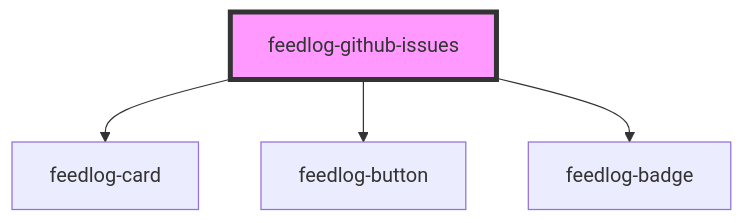
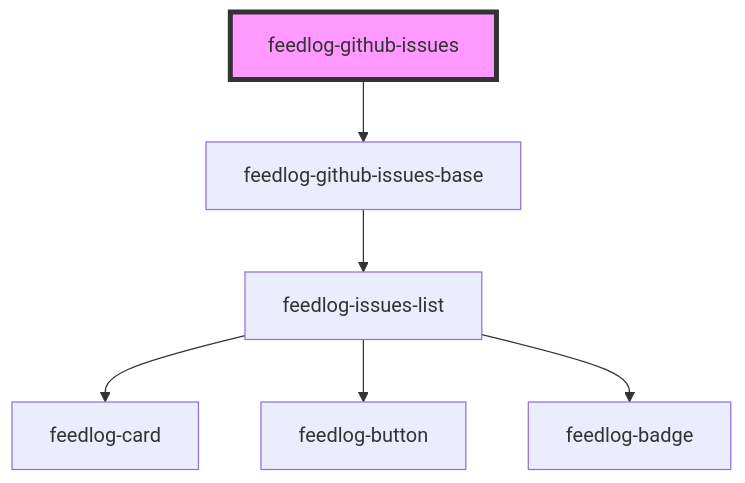
Before and after one commit to FeedlogAI/feedlog-toolkit: the diagram in packages/webcomponents/src/components/feedlog-github-issues/readme.md, drawn with Mermaid. The commit also changed other lines of this file and 41 other files, not shown here.

Commit message:
Refactor Feedlog components: Introduce FeedlogGithubIssuesBase and FeedlogIssuesList for improved structure; update theme support and remove redundant styles. Adjust package.json for Storybook port and dependencies.

````diff
--- a/packages/webcomponents/src/components/feedlog-github-issues/readme.md
+++ b/packages/webcomponents/src/components/feedlog-github-issues/readme.md
@@ -38,7 +38,9 @@
 ```mermaid
 graph TD;
-  feedlog-github-issues --> feedlog-card
-  feedlog-github-issues --> feedlog-button
-  feedlog-github-issues --> feedlog-badge
+  feedlog-github-issues --> feedlog-github-issues-base
+  feedlog-github-issues-base --> feedlog-issues-list
+  feedlog-issues-list --> feedlog-card
+  feedlog-issues-list --> feedlog-button
+  feedlog-issues-list --> feedlog-badge
   style feedlog-github-issues fill:#f9f,stroke:#333,stroke-width:4px
 ```
````
